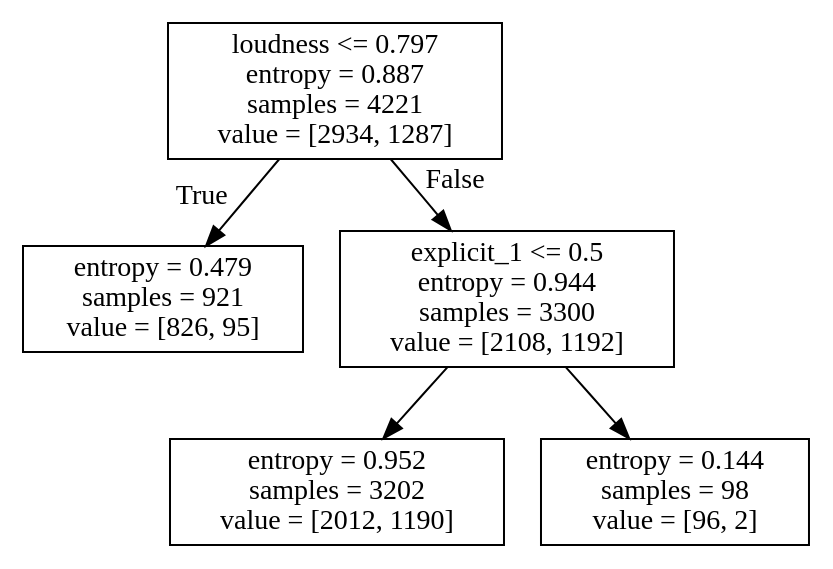
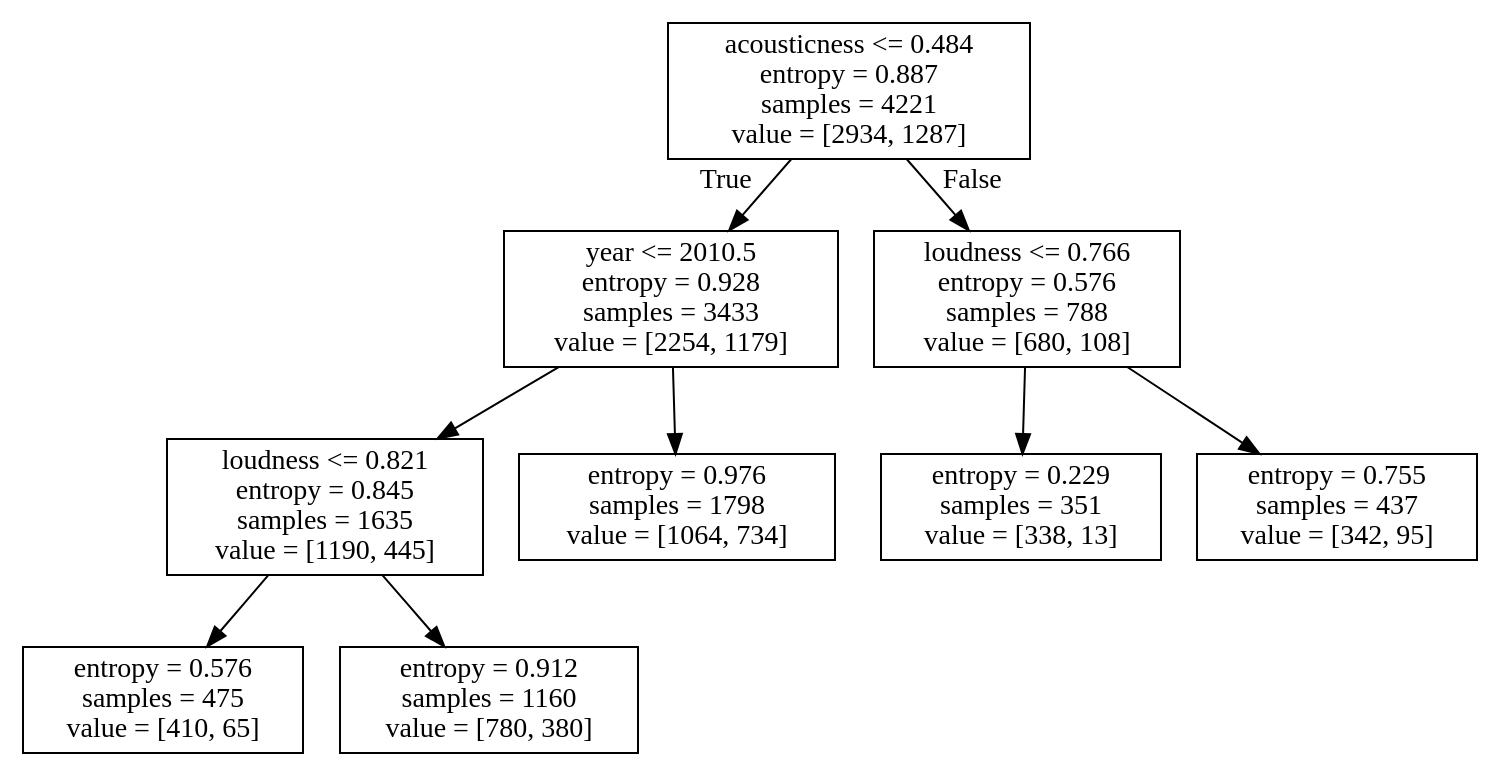
Before and after one commit to CrystalCo/audio_features_popularity_classifiers: the diagram in country_DT.dot, drawn with Graphviz. The commit also changed 14 other files, not shown here.

```diff
--- a/country_DT.dot
+++ b/country_DT.dot
@@ -1,12 +1,20 @@
 digraph Tree {
 node [shape=box] ;
-0 [label="loudness <= 0.797\nentropy = 0.887\nsamples = 4221\nvalue = [2934, 1287]"] ;
-1 [label="entropy = 0.479\nsamples = 921\nvalue = [826, 95]"] ;
+0 [label="acousticness <= 0.484\nentropy = 0.887\nsamples = 4221\nvalue = [2934, 1287]"] ;
+1 [label="year <= 2010.5\nentropy = 0.928\nsamples = 3433\nvalue = [2254, 1179]"] ;
 0 -> 1 [labeldistance=2.5, labelangle=45, headlabel="True"] ;
-2 [label="explicit_1 <= 0.5\nentropy = 0.944\nsamples = 3300\nvalue = [2108, 1192]"] ;
-0 -> 2 [labeldistance=2.5, labelangle=-45, headlabel="False"] ;
-3 [label="entropy = 0.952\nsamples = 3202\nvalue = [2012, 1190]"] ;
+2 [label="loudness <= 0.821\nentropy = 0.845\nsamples = 1635\nvalue = [1190, 445]"] ;
+1 -> 2 ;
+3 [label="entropy = 0.576\nsamples = 475\nvalue = [410, 65]"] ;
 2 -> 3 ;
-4 [label="entropy = 0.144\nsamples = 98\nvalue = [96, 2]"] ;
+4 [label="entropy = 0.912\nsamples = 1160\nvalue = [780, 380]"] ;
 2 -> 4 ;
+5 [label="entropy = 0.976\nsamples = 1798\nvalue = [1064, 734]"] ;
+1 -> 5 ;
+6 [label="loudness <= 0.766\nentropy = 0.576\nsamples = 788\nvalue = [680, 108]"] ;
+0 -> 6 [labeldistance=2.5, labelangle=-45, headlabel="False"] ;
+7 [label="entropy = 0.229\nsamples = 351\nvalue = [338, 13]"] ;
+6 -> 7 ;
+8 [label="entropy = 0.755\nsamples = 437\nvalue = [342, 95]"] ;
+6 -> 8 ;
 }
```
